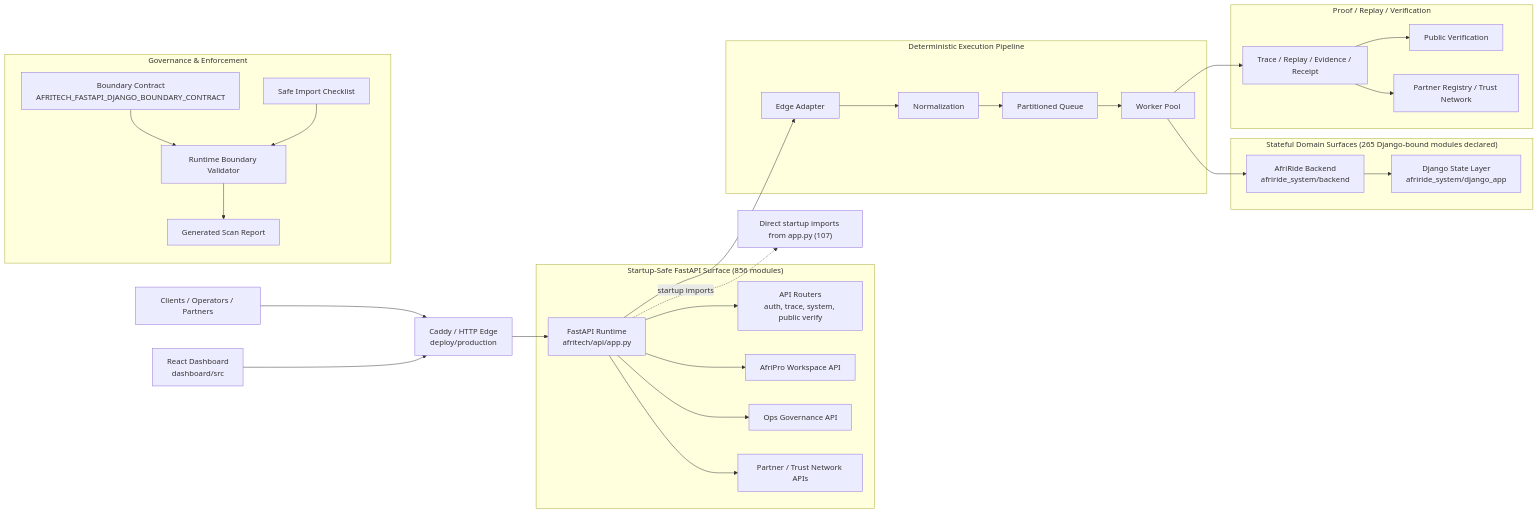
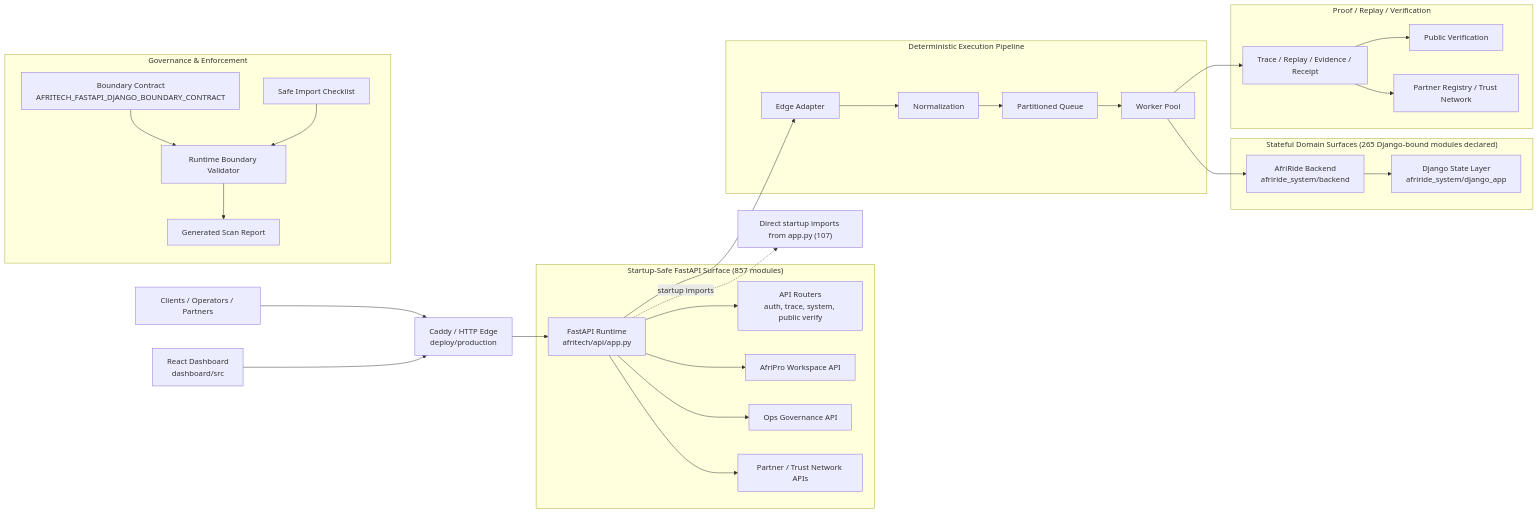
Before and after one commit to Strelly2023/afritelematics: the first of 2 diagrams in docs/architecture/AFRITECH_FULL_ARCHITECTURE_GRAPH.md, drawn with Mermaid. The commit also changed other lines of this file and 11 other files, not shown here.

````diff
--- a/docs/architecture/AFRITECH_FULL_ARCHITECTURE_GRAPH.md
+++ b/docs/architecture/AFRITECH_FULL_ARCHITECTURE_GRAPH.md
@@ -22,39 +22,39 @@
 ```mermaid
 flowchart LR
     Client["Clients / Operators / Partners"] --> Edge["Caddy / HTTP Edge\ndeploy/production"]
     Dashboard["React Dashboard\ndashboard/src"] --> Edge
     Edge --> App["FastAPI Runtime\nafritech/api/app.py"]
 
-    subgraph FastAPI["Startup-Safe FastAPI Surface (856 modules)"]
+    subgraph FastAPI["Startup-Safe FastAPI Surface (857 modules)"]
         App --> Api["API Routers\nauth, trace, system, public verify"]
         App --> Workspace["AfriPro Workspace API"]
         App --> Governance["Ops Governance API"]
         App --> Trust["Partner / Trust Network APIs"]
     end
 
     subgraph Pipeline["Deterministic Execution Pipeline"]
         App --> Adapt["Edge Adapter"]
         Adapt --> Normalize["Normalization"]
         Normalize --> Queue["Partitioned Queue"]
         Queue --> Worker["Worker Pool"]
     end
 
     subgraph State["Stateful Domain Surfaces (265 Django-bound modules declared)"]
         Worker --> Domain["AfriRide Backend\nafriride_system/backend"]
         Domain --> Django["Django State Layer\nafriride_system/django_app"]
     end
 
     subgraph Proof["Proof / Replay / Verification"]
         Worker --> Trace["Trace / Replay / Evidence / Receipt"]
         Trace --> Public["Public Verification"]
         Trace --> Registry["Partner Registry / Trust Network"]
     end
 
     subgraph GovernancePlane["Governance & Enforcement"]
         Contract["Boundary Contract\nAFRITECH_FASTAPI_DJANGO_BOUNDARY_CONTRACT"] --> Validator["Runtime Boundary Validator"]
         Checklist["Safe Import Checklist"] --> Validator
         Validator --> Review["Generated Scan Report"]
     end
 
     App -. startup imports .-> Imports["Direct startup imports from app.py (107)"]
 ```
````
